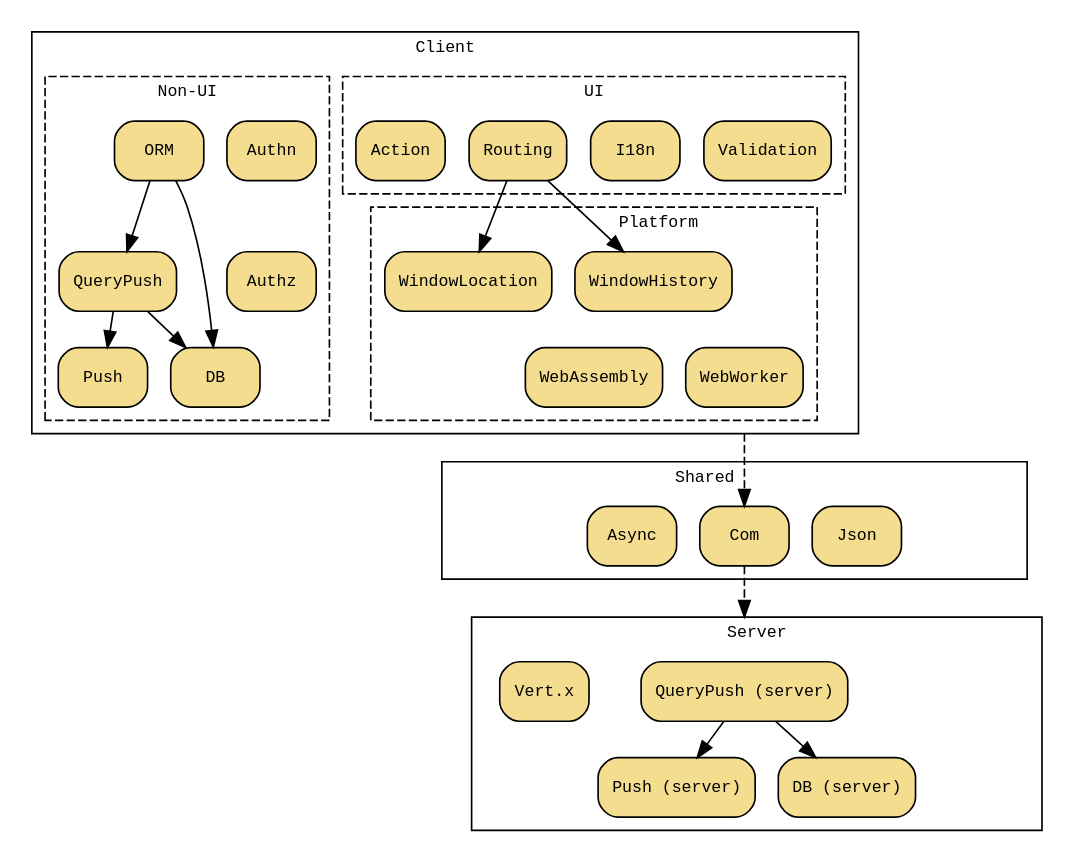
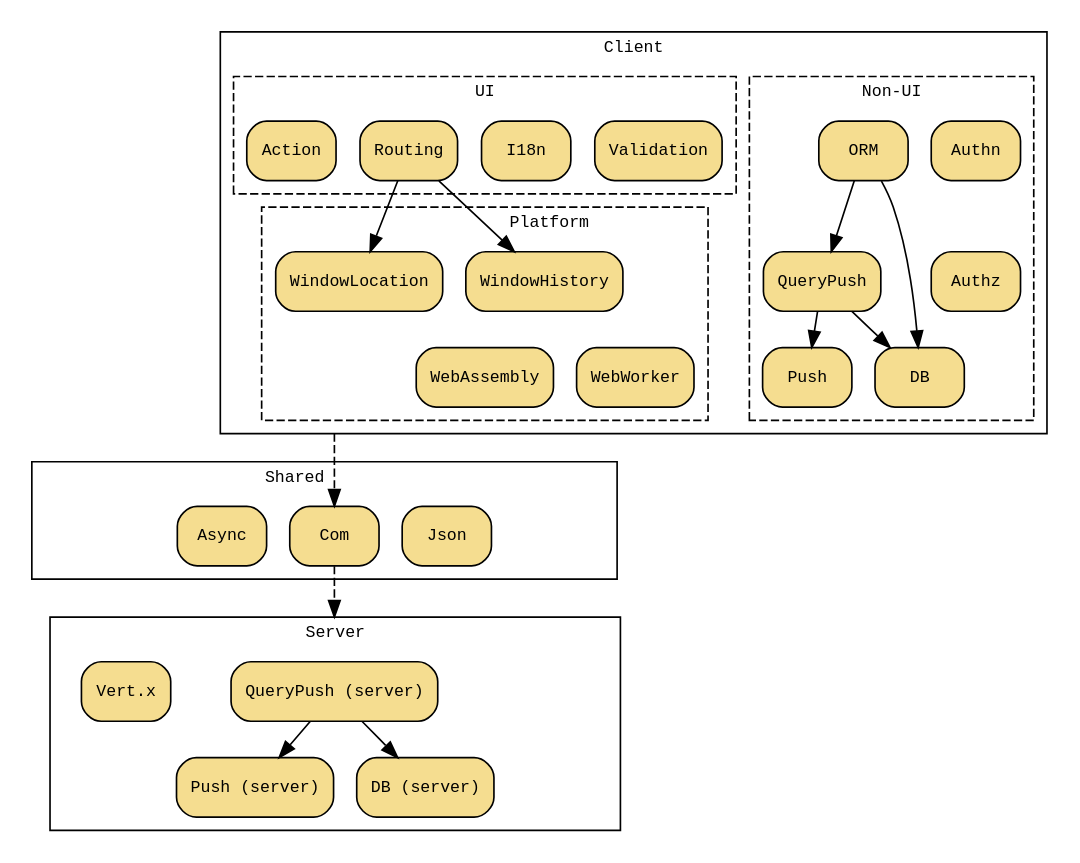
The diagram in src/main/asciidoc/webfx-stack/webfx-stack.adoc (webfx-project/webfx-docs), drawn with Graphviz before and after one commit.

Commit message:
Trying swapping Non-UI & UI to match what happens on GitHub workflow

```diff
--- a/src/main/asciidoc/webfx-stack/webfx-stack.adoc
+++ b/src/main/asciidoc/webfx-stack/webfx-stack.adoc
@@ -9,62 +9,76 @@
     subgraph cluster_C {
         label = "Client";
 
-        subgraph cluster_UI {
-            label = "UI";
-            style = "dashed";
-            Routing
-            I18n
-            Validation
-            Action
-            {rank=same Action I18n Validation Routing}
-            Action -> Routing -> I18n [style=invis]
-        }
-
-        subgraph cluster_NUI {
+        subgraph cluster_NonUI {
             label = "Non-UI";
             style = "dashed";
+
             Authn
             Authz
             DB
             ORM
             Push
             QueryPush
+
             {rank=same Authn ORM}
             {rank=same Authz QueryPush}
             {rank=same Push DB}
             Authn -> Authz -> ORM [style=invis]
             Push -> DB [style=invis]
+
+            ORM -> DB
+            ORM -> QueryPush
+            QueryPush -> Push
+            QueryPush -> DB
+        }
+
+        subgraph cluster_UI {
+            label = "UI";
+            style = "dashed";
+
+            Routing
+            I18n
+            Validation
+            Action
+
+            {rank=same Action I18n Validation Routing}
+            Action -> Routing -> I18n [style=invis]
         }
 
         subgraph cluster_P {
             style = "dashed";
             label = "              Platform";
+
             WindowHistory
             WindowLocation
             PBR [label="PBRRRRRRR",style=invis]
             WebAssembly
             WebWorker
+
             {rank=same WindowHistory WindowLocation}
             {rank=same PBR WebAssembly WebWorker}
             PBR -> WebAssembly -> WebWorker [style=invis]
+            WindowHistory -> WebAssembly [style=invis]
         }
 
     }
 
     subgraph cluster_SHR {
         label = "Shared      ";
+
         L [label="LLLLLLLL",style=invis]
         Async
         Com
         Json
         R [label="",style=invis]
+
         {rank=same L Async Json Com R}
         L -> Async -> Com -> Json -> R [style=invis]
     }
 
     subgraph cluster_S {
         label = "Server";
-        rank = 3;
+
         DBS [label="DB (server)"]
         PushS [label="Push (server)"]
         QueryPushS [label="QueryPush (server)"]
@@ -72,30 +86,22 @@
         BL [style=invis]
         TR [style=invis]
         BR [style=invis]
+
         TR -> BR [style=invis]
         {rank=same Vertx QueryPushS TR}
         {rank=same DBS PushS}
         PushS -> DBS [style=invis]
         Vertx -> BL [style=invis]
         Vertx -> QueryPushS -> TR [style=invis]
+
+        QueryPushS -> PushS
+        QueryPushS -> DBS
     }
 
     Routing -> WindowLocation
     Routing -> WindowHistory
 
-    WindowHistory -> WebAssembly [style=invis]
-
-    ORM -> DB
-    ORM -> QueryPush
-    QueryPush -> Push
-    QueryPush -> DB
-    WebWorker -> Push [style=invis, constraint=false]
-
-    WebWorker -> Com [ltail=cluster_C,style=dashed,minlen=2]
+    PBR -> Com [ltail=cluster_C,style=dashed,minlen=2]
     Com -> QueryPushS [lhead=cluster_S,style=dashed,minlen=2]
-
-    QueryPushS -> PushS
-    QueryPushS -> DBS
-
 }
 ----
```
